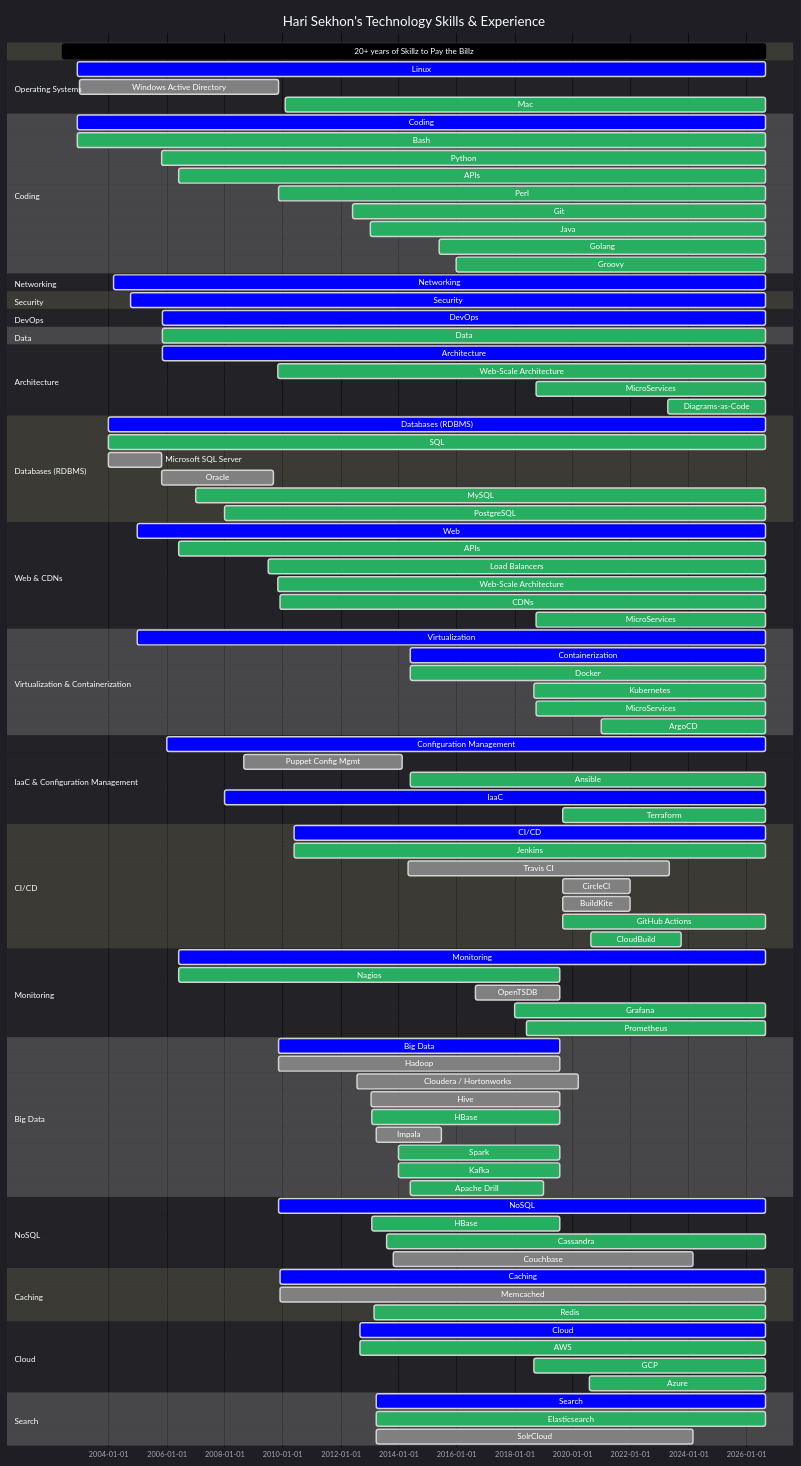
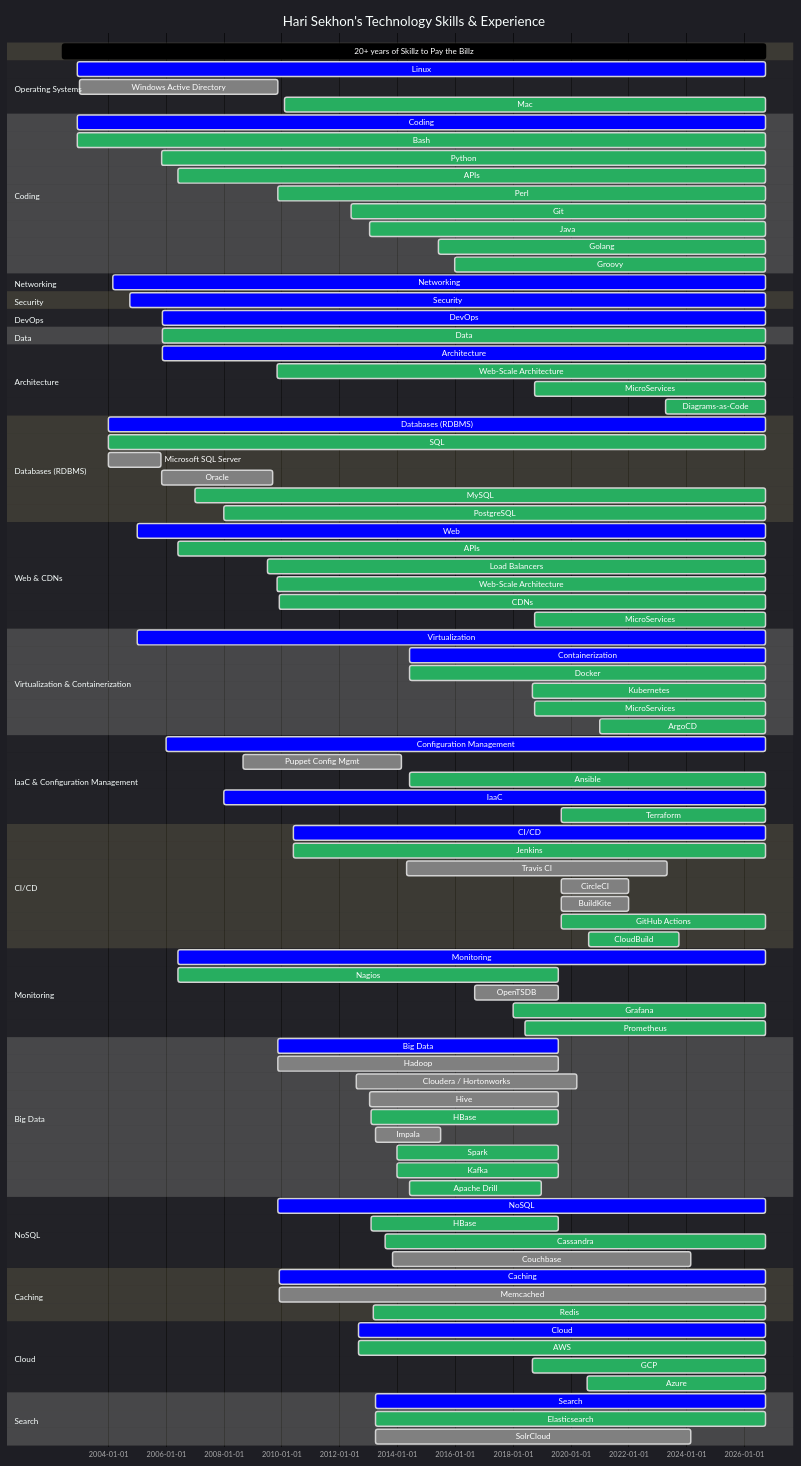
One commit to HariSekhon/HariSekhon changed the second of 2 diagrams in README.md. Above: the diagram before and after it, drawn with Mermaid. The commit also changed other lines of this file, not shown here.

Commit message:
updated profile counters

````diff
--- a/README.md
+++ b/README.md
@@ -1401,129 +1401,129 @@
     title Hari Sekhon's Technology Skills & Experience
     dateFormat  YYYY-MM-DD
 
-    20+ years of Skillz to Pay the Billz : 2002-06-01, 2026-08-30
+    20+ years of Skillz to Pay the Billz : 2002-06-01, 2026-09-30
 
     section Operating Systems
-    Linux                    : crit, 2002-12-01, 2026-08-30
+    Linux                    : crit, 2002-12-01, 2026-09-30
     Windows Active Directory : done, 2003-01-01, 2009-11-10
-    %%Redhat Linux             : active, 2002-12-01, 2026-08-30
-    %%Debian Linux             : active, 2003-01-01, 2026-08-30
+    %%Redhat Linux             : active, 2002-12-01, 2026-09-30
+    %%Debian Linux             : active, 2003-01-01, 2026-09-30
     %%Gentoo Linux             : done, 2004-06-01, 2009-11-10
-    %%Ubuntu Linux             : active, 2006-06-01, 2026-08-30
-    %%Alpine Linux             : done, 2016-01-01, 2026-08-30
-    Mac                      : active, 2010-02-01, 2026-08-30
+    %%Ubuntu Linux             : active, 2006-06-01, 2026-09-30
+    %%Alpine Linux             : done, 2016-01-01, 2026-09-30
+    Mac                      : active, 2010-02-01, 2026-09-30
 
     section Coding
-    Coding                 : crit, 2002-12-01, 2026-08-30
-    Bash                   : active, 2002-12-01, 2026-08-30
-    Python                 : active, 2005-11-01, 2026-08-30
-    APIs                   : active, 2006-06-01, 2026-08-30
+    Coding                 : crit, 2002-12-01, 2026-09-30
+    Bash                   : active, 2002-12-01, 2026-09-30
+    Python                 : active, 2005-11-01, 2026-09-30
+    APIs                   : active, 2006-06-01, 2026-09-30
     %%VBScript               : done, 2005-05-01, 2009-11-01
-    Perl                   : active, 2009-11-13, 2026-08-30
-    Git                    : active, 2012-06-01, 2026-08-30
+    Perl                   : active, 2009-11-13, 2026-09-30
+    Git                    : active, 2012-06-01, 2026-09-30
     %%Ruby                   : done, 2009-11-13, 2013-01-31
-    Java                   : active, 2013-01-13, 2026-08-30
+    Java                   : active, 2013-01-13, 2026-09-30
     %%Jython                 : done, 2013-01-13, 2015-12-31
     %%JRuby                  : done, 2013-03-01, 2013-08-31
     %%Scala                  : done, 2014-01-01, 2015-12-31
-    Golang                 : active, 2015-06-01, 2026-08-30
-    Groovy                 : active, 2016-01-01, 2026-08-30
+    Golang                 : active, 2015-06-01, 2026-09-30
+    Groovy                 : active, 2016-01-01, 2026-09-30
 
     %%section Build Systems
-    %%Make                   : active, 2006-06-01, 2026-08-30
-    %%Maven                  : active, 2013-02-01, 2026-08-30
-    %%SBT                    : active, 2014-01-01, 2026-08-30
-    %%Gradle                 : active, 2014-06-01, 2026-08-30
+    %%Make                   : active, 2006-06-01, 2026-09-30
+    %%Maven                  : active, 2013-02-01, 2026-09-30
+    %%SBT                    : active, 2014-01-01, 2026-09-30
+    %%Gradle                 : active, 2014-06-01, 2026-09-30
 
     %%section Version Control Systems
     %%Subversion             : done, 2005-11-13, 2012-06-01
     %%Mercurial              : done, 2011-06-01, 2013-06-01
-    %%Git                    : active, 2012-06-01, 2026-08-30
-    %%GitHub                 : active, 2012-12-31, 2026-08-30
+    %%Git                    : active, 2012-06-01, 2026-09-30
+    %%GitHub                 : active, 2012-12-31, 2026-09-30
 
     section Networking
-    Networking             : crit, 2004-03-01, 2026-08-30
-    %%VPNs                   : active, 2006-06-01, 2026-08-30
-    %%Cisco - IOS / NX-OS    : done, 2004-03-01, 2026-08-30
+    Networking             : crit, 2004-03-01, 2026-09-30
+    %%VPNs                   : active, 2006-06-01, 2026-09-30
+    %%Cisco - IOS / NX-OS    : done, 2004-03-01, 2026-09-30
     %%Juniper - Netscreen / SSG / SRX / ScreenOS / JunOS : done, 2007-01-01, 2013-01-18
     %%Netgear                : done, 2005-01-01, 2012-12-31
 
     section Load Balancers
 
     section Security
-    Security               : crit, 2004-10-01, 2026-08-30
-    %%Kerberos               : active, 2006-06-01, 2026-08-30
-    %%LDAP                   : active, 2006-06-01, 2026-08-30
+    Security               : crit, 2004-10-01, 2026-09-30
+    %%Kerberos               : active, 2006-06-01, 2026-09-30
+    %%LDAP                   : active, 2006-06-01, 2026-09-30
 
     section DevOps
-    DevOps                   : crit, 2005-11-11, 2026-08-30
+    DevOps                   : crit, 2005-11-11, 2026-09-30
 
     section Data
-    Data                   : active, 2005-11-11, 2026-08-30
-    %%Data Validation        : done, 2006-06-01, 2026-08-30
-    %%Data Science           : done, 2013-01-18, 2026-08-30
+    Data                   : active, 2005-11-11, 2026-09-30
+    %%Data Validation        : done, 2006-06-01, 2026-09-30
+    %%Data Science           : done, 2013-01-18, 2026-09-30
 
     section Architecture
-    Architecture            : crit,   2005-11-11, 2026-08-30
-    Web-Scale Architecture  : active, 2009-11-01, 2026-08-30
-    MicroServices           : active, 2018-10-01, 2026-08-30
-    Diagrams-as-Code        : active, 2023-04-14, 2026-08-30
+    Architecture            : crit,   2005-11-11, 2026-09-30
+    Web-Scale Architecture  : active, 2009-11-01, 2026-09-30
+    MicroServices           : active, 2018-10-01, 2026-09-30
+    Diagrams-as-Code        : active, 2023-04-14, 2026-09-30
 
     section Databases (RDBMS)
-    Databases (RDBMS)      : crit, 2004-01-01, 2026-08-30
-    SQL                    : active, 2004-01-01, 2026-08-30
+    Databases (RDBMS)      : crit, 2004-01-01, 2026-09-30
+    SQL                    : active, 2004-01-01, 2026-09-30
     Microsoft SQL Server   : done, 2004-01-01, 2005-10-31
     Oracle                 : done, 2005-11-01, 2009-09-10
-    MySQL                  : active, 2007-01-01, 2026-08-30
-    PostgreSQL             : active, 2008-01-01, 2026-08-30
+    MySQL                  : active, 2007-01-01, 2026-09-30
+    PostgreSQL             : active, 2008-01-01, 2026-09-30
 
     section Web & CDNs
-    Web                    : crit, 2005-01-01, 2026-08-30
-    APIs                   : active, 2006-06-01, 2026-08-30
+    Web                    : crit, 2005-01-01, 2026-09-30
+    APIs                   : active, 2006-06-01, 2026-09-30
 
-    Load Balancers         : active, 2009-07-01, 2026-08-30
+    Load Balancers         : active, 2009-07-01, 2026-09-30
     %%LVS                    : done, 2009-01-01, 2009-11-11
     %%Foundry - ServerIron XL / 4G : done, 2009-10-13, 2011-11-31
     %%F5 BigIP               : done, 2010-06-01, 2013-01-18
-    %%HAProxy                : active, 2018-04-01, 2026-08-30
-    %%Kong                   : active, 2023-03-01, 2026-08-30
-    %%Traefik                : active, 2023-03-01, 2026-08-30
+    %%HAProxy                : active, 2018-04-01, 2026-09-30
+    %%Kong                   : active, 2023-03-01, 2026-09-30
+    %%Traefik                : active, 2023-03-01, 2026-09-30
 
-    Web-Scale Architecture : active, 2009-11-01, 2026-08-30
-    CDNs                   : active, 2009-12-01, 2026-08-30
+    Web-Scale Architecture : active, 2009-11-01, 2026-09-30
+    CDNs                   : active, 2009-12-01, 2026-09-30
     %%UlraDNS                : done, 2009-11-01, 2012-06-31
     %%Cotendo                : done, 2012-06-01, 2013-01-13
-    %%Cloudflare             : active, 2020-08-20, 2026-08-30
-    MicroServices            : active, 2018-10-01, 2026-08-30
+    %%Cloudflare             : active, 2020-08-20, 2026-09-30
+    MicroServices            : active, 2018-10-01, 2026-09-30
 
     section Virtualization & Containerization
-    Virtualization         : crit, 2005-01-01, 2026-08-30
+    Virtualization         : crit, 2005-01-01, 2026-09-30
     %%VMware ESX, ESXi, VirtualBox : done, 2005-01-01, 2017-02-16
     %%Vagrant                : active, 2013-01-01, 2023-12-31
-    Containerization       : crit, 2014-06-01, 2026-08-30
-    Docker                 : active, 2014-06-01, 2026-08-30
-    Kubernetes             : active, 2018-09-01, 2026-08-30
-    MicroServices          : active, 2018-10-01, 2026-08-30
-    ArgoCD                 : active, 2021-01-01, 2026-08-30
+    Containerization       : crit, 2014-06-01, 2026-09-30
+    Docker                 : active, 2014-06-01, 2026-09-30
+    Kubernetes             : active, 2018-09-01, 2026-09-30
+    MicroServices          : active, 2018-10-01, 2026-09-30
+    ArgoCD                 : active, 2021-01-01, 2026-09-30
 
     section IaaC & Configuration Management
-    Configuration Management :crit, 2006-01-01, 2026-08-30
+    Configuration Management :crit, 2006-01-01, 2026-09-30
     Puppet Config Mgmt     : done, 2008-09-01, 2014-02-18
-    Ansible                : active, 2014-06-01, 2026-08-30
-    IaaC                   :crit, 2008-01-01, 2026-08-30
-    Terraform              :active, 2019-09-01, 2026-08-30
+    Ansible                : active, 2014-06-01, 2026-09-30
+    IaaC                   :crit, 2008-01-01, 2026-09-30
+    Terraform              :active, 2019-09-01, 2026-09-30
     %%Terraform Cloud        : active, 2021-09-01, 2022-09-31
-    %%Kickstart              : active, 2008-01-01, 2026-08-30
-    %%Preseed                : active, 2009-01-01, 2026-08-30
-    %%AutoInstall            : active, 2023-01-01, 2026-08-30
+    %%Kickstart              : active, 2008-01-01, 2026-09-30
+    %%Preseed                : active, 2009-01-01, 2026-09-30
+    %%AutoInstall            : active, 2023-01-01, 2026-09-30
 
     section CI/CD
-    CI/CD                  : crit, 2010-06-01, 2026-08-30
-    Jenkins                : active, 2010-06-01, 2026-08-30
+    CI/CD                  : crit, 2010-06-01, 2026-09-30
+    Jenkins                : active, 2010-06-01, 2026-09-30
     Travis CI              : done, 2014-05-01, 2023-05-08
     CircleCI               : done, 2019-09-01, 2021-12-31
     BuildKite              : done, 2019-09-01, 2021-12-31
-    GitHub Actions         : active, 2019-09-01, 2026-08-30
+    GitHub Actions         : active, 2019-09-01, 2026-09-30
     %%GitLab                 : active, 2019-09-01, 2022-12-31
     %%Azure DevOps           : done, 2019-09-01, 2022-12-31
     %%Bitbucket              : done, 2019-09-01, 2022-12-31
@@ -1532,11 +1532,11 @@
     CloudBuild             : active, 2020-08-20, 2023-09-30
 
     section Monitoring
-    Monitoring             : crit, 2006-06-01, 2026-08-30
+    Monitoring             : crit, 2006-06-01, 2026-09-30
     Nagios                 : active, 2006-06-01, 2019-07-31
     OpenTSDB               : done, 2016-09-01, 2019-07-31
-    Grafana                : active, 2018-01-01, 2026-08-30
-    Prometheus             : active, 2018-06-01, 2026-08-30
+    Grafana                : active, 2018-01-01, 2026-09-30
+    Prometheus             : active, 2018-06-01, 2026-09-30
     %%Pingdom                : done, 2020-08-20, 2023-09-17
     %%Datadog                : done, 2022-08-20, 2023-09-17
 
@@ -1554,28 +1554,28 @@
     Apache Drill           : active, 2014-06-01, 2018-12-31
 
     section NoSQL
-    NoSQL                  : crit, 2009-11-13, 2026-08-30
+    NoSQL                  : crit, 2009-11-13, 2026-09-30
     HBase                  : active, 2013-02-01, 2019-07-31
     %%MongoDB                : done, 2013-06-01, 2013-12-31
-    Cassandra              : active, 2013-08-01, 2026-08-30
+    Cassandra              : active, 2013-08-01, 2026-09-30
     Couchbase              : done, 2013-11-01, 2024-03-01
 
     section Caching
-    Caching                : crit, 2009-11-31, 2026-08-30
-    Memcached              : done, 2009-11-31, 2026-08-30
-    Redis                  : active, 2013-03-01, 2026-08-30
+    Caching                : crit, 2009-11-31, 2026-09-30
+    Memcached              : done, 2009-11-31, 2026-09-30
+    Redis                  : active, 2013-03-01, 2026-09-30
 
     section Cloud
-    Cloud            : crit, 2012-09-01, 2026-08-30
-    AWS              : active, 2012-09-01, 2026-08-30
-    GCP              : active, 2018-09-01, 2026-08-30
-    Azure            : active, 2020-08-01, 2026-08-30
+    Cloud            : crit, 2012-09-01, 2026-09-30
+    AWS              : active, 2012-09-01, 2026-09-30
+    GCP              : active, 2018-09-01, 2026-09-30
+    Azure            : active, 2020-08-01, 2026-09-30
 
     section Search
-    Search                 : crit, 2013-03-31, 2026-08-30
-    Elasticsearch          : active, 2013-03-31, 2026-08-30
-    %%LogStash               : done, 2013-03-31, 2026-08-30
-    %%Fluentd                : crit, 2018-03-31, 2026-08-30
-    %%Kibana                 : crit, 2013-03-31, 2026-08-30
+    Search                 : crit, 2013-03-31, 2026-09-30
+    Elasticsearch          : active, 2013-03-31, 2026-09-30
+    %%LogStash               : done, 2013-03-31, 2026-09-30
+    %%Fluentd                : crit, 2018-03-31, 2026-09-30
+    %%Kibana                 : crit, 2013-03-31, 2026-09-30
     SolrCloud              : done, 2013-04-01, 2024-03-01
 ```
````
